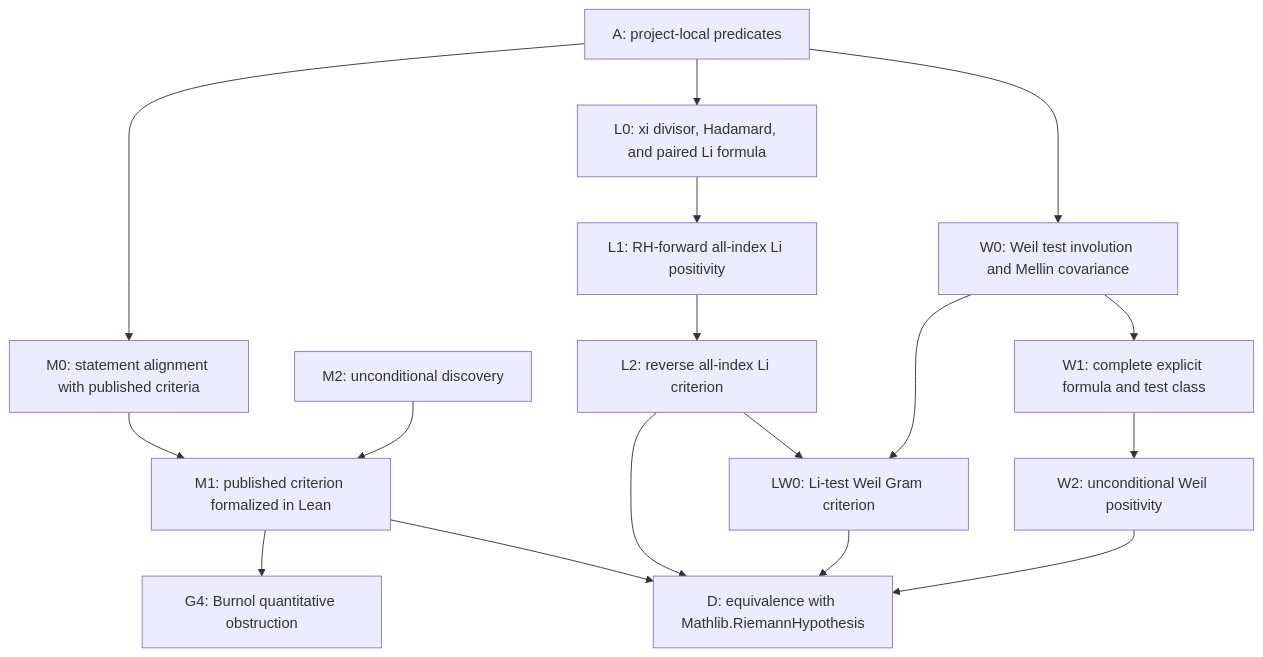
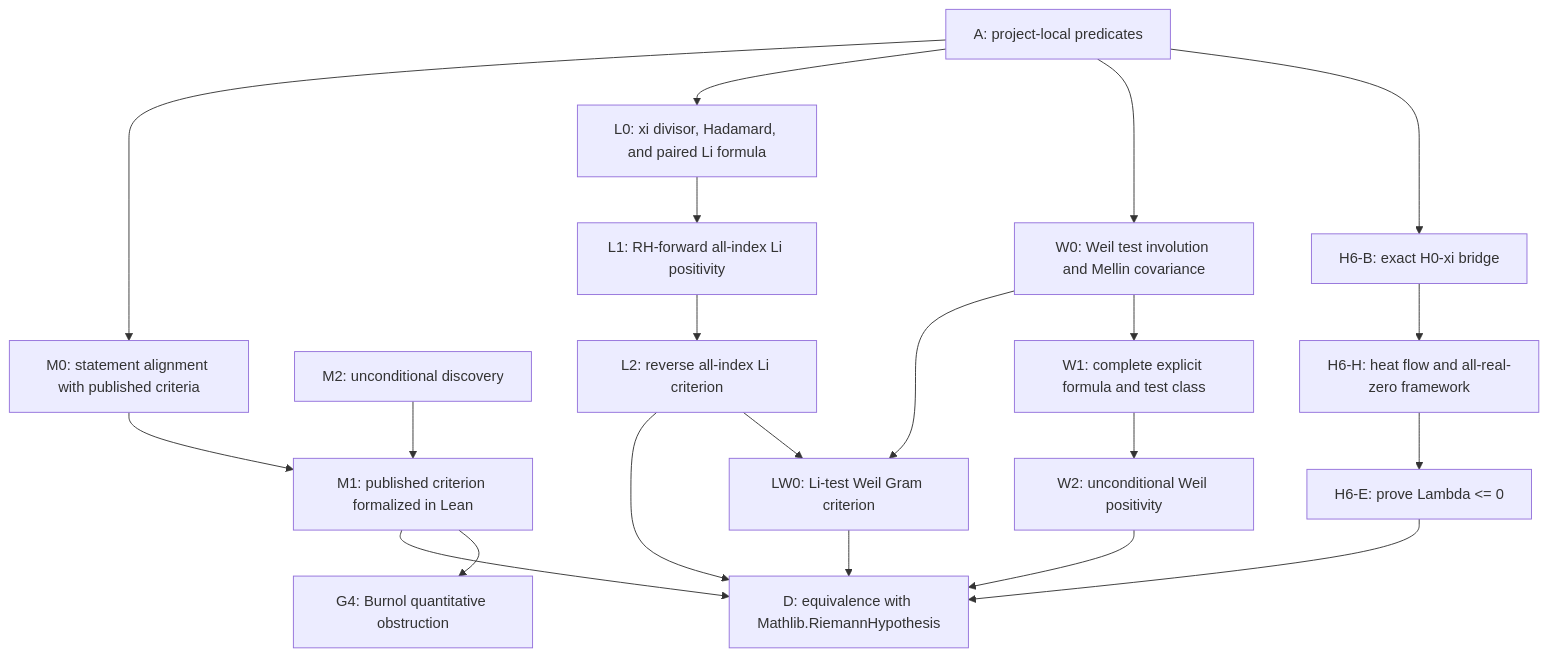
Before and after one commit to Ryugu-07/lean-lab-rh: the diagram in research/hard_gap_dag.md, drawn with Mermaid. The commit also changed other lines of this file and 11 other files, not shown here.

````diff
--- a/research/hard_gap_dag.md
+++ b/research/hard_gap_dag.md
@@ -12,19 +12,23 @@
 ```mermaid
 flowchart TD
     A["A: project-local predicates"] --> M0["M0: statement alignment with published criteria"]
     M0 --> M1["M1: published criterion formalized in Lean"]
     M1 --> D["D: equivalence with Mathlib.RiemannHypothesis"]
     E["M2: unconditional discovery"] --> M1
     M1 --> G4["G4: Burnol quantitative obstruction"]
     A --> L0["L0: xi divisor, Hadamard, and paired Li formula"]
     L0 --> L1["L1: RH-forward all-index Li positivity"]
     L1 --> L2["L2: reverse all-index Li criterion"]
     L2 --> D
     L2 --> LW0["LW0: Li-test Weil Gram criterion"]
     W0 --> LW0
     LW0 --> D
     A --> W0["W0: Weil test involution and Mellin covariance"]
     W0 --> W1["W1: complete explicit formula and test class"]
     W1 --> W2["W2: unconditional Weil positivity"]
     W2 --> D
+    A --> H6B["H6-B: exact H0-xi bridge"]
+    H6B --> H6H["H6-H: heat flow and all-real-zero framework"]
+    H6H --> H6E["H6-E: prove Lambda <= 0"]
+    H6E --> D
 ```
````
